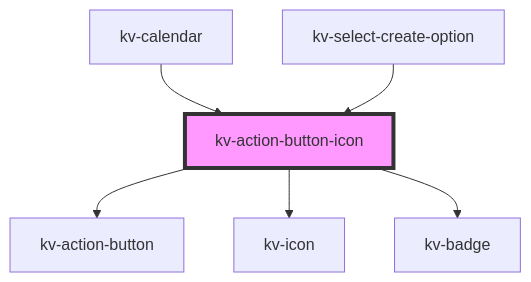
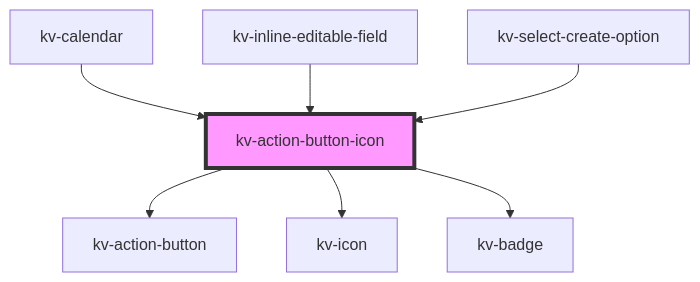
The diagram in packages/ui-components/src/components/action-button-icon/readme.md (kelvininc/ui-components), drawn with Mermaid before and after one commit. The commit also changed other lines of this file and 7 other files, not shown here.

Commit message:
feat(kv-inline-editable-field): adds component

````diff
--- a/packages/ui-components/src/components/action-button-icon/readme.md
+++ b/packages/ui-components/src/components/action-button-icon/readme.md
@@ -113,9 +114,10 @@
 ```mermaid
 graph TD;
   kv-action-button-icon --> kv-action-button
   kv-action-button-icon --> kv-icon
   kv-action-button-icon --> kv-badge
   kv-calendar --> kv-action-button-icon
+  kv-inline-editable-field --> kv-action-button-icon
   kv-select-create-option --> kv-action-button-icon
   style kv-action-button-icon fill:#f9f,stroke:#333,stroke-width:4px
 ```
````
